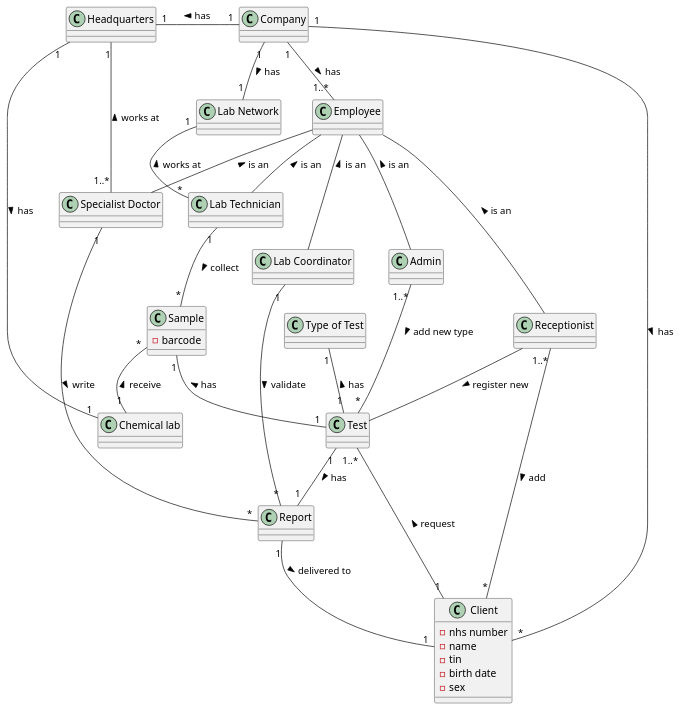
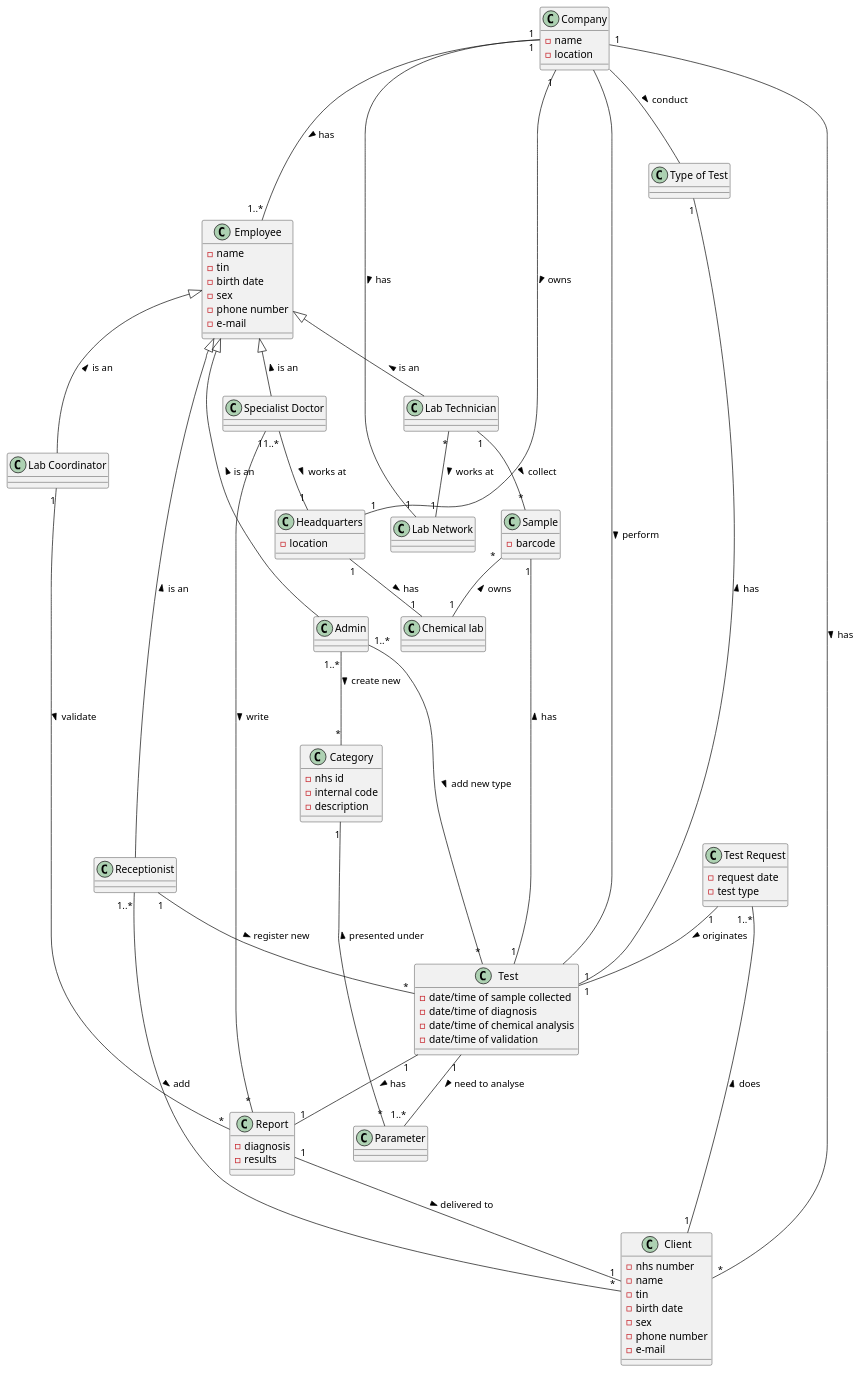
Before and after one commit to GuilhermeCunha79/lapr2: the diagram in docs/SprintA/Domain Model Diagram.puml, drawn with PlantUML. The commit also changed 3 other files, not shown here.

Commit message:
DM diagram & UC Diagram, FURPS+ update

```diff
--- a/docs/SprintA/Domain Model Diagram.puml
+++ b/docs/SprintA/Domain Model Diagram.puml
@@ -1,43 +1,97 @@
 @startuml
 'https://plantuml.com/sequence-diagram
 
-Company"1" -right- "1..*"Employee : > has
-Company"1" -left- "*"Client : > has
+top to bottom direction
+
+Company"1" --- "1..*"Employee : > has
+Company"1" -- "*"Client : > has
 Company"1" -- "1""Lab Network" : > has
-"Lab Technician""*" -up- "1""Lab Network" : > works at
-Receptionist -- Test : > register new
-Employee -- "Lab Technician" : < is an
-Employee -- Receptionist : < is an
-Headquarters"1" -left- "1""Chemical lab" : > has
-Company"1" -left- "1"Headquarters : > has
+"Lab Technician""*" -- "1""Lab Network" : > works at
+Receptionist"1" -- "*"Test : > register new
+Employee <|-- "Lab Technician" : < is an
+Employee <|-- Receptionist : < is an
+Headquarters"1" -- "1""Chemical lab" : > has
+Company"1" -- "1"Headquarters : > owns
 Receptionist"1..*" -- "*"Client : > add
-Employee -- "Lab Coordinator" : < is an
-Employee -- Admin : < is an
-Employee -- "Specialist Doctor" : < is an
-Admin"1..*" -- "*"Test : > add new type
+Employee <|-- "Lab Coordinator" : < is an
+Employee <|---- Admin : < is an
+Employee <|-- "Specialist Doctor" : < is an
+Admin"1..*" ---- "*"Test : > add new type
 Test"1" -- "1"Report : > has
 "Lab Technician""1" -- "*"Sample : > collect
 Sample"1" -- "1"Test : < has
-
+Company -- "Type of Test" : > conduct
+Company -- Test : > perform
+"Test Request""1..*" -- "1""Client" : < does
 "Specialist Doctor""1" -- "*"Report : > write
 "Specialist Doctor""1..*" -- "1"Headquarters : > works at
 Report"1" -- "1"Client : > delivered to
-Sample"*" -- "1""Chemical lab" : < receive
+Sample"*" -- "1""Chemical lab" : < owns
 "Lab Coordinator""1" -- "*"Report : > validate
-Client"1" -- "1..*"Test : > request
+
+"Test Request""1" -- "1"Test : > originates
 
 "Type of Test""1" -- "1""Test" : < has
+
+Admin"1..*" -- "*"Category : > create new
+
+Category"1" -- "*"Parameter : < presented under
+
+Test"1" -- "1..*"Parameter : > need to analyse
 
 class Client{
 -nhs number
 -name
 -tin
 -birth date
 -sex
+-phone number
+-e-mail
 }
 
 class Sample{
 -barcode
 }
 
+class Report{
+-diagnosis
+-results
+}
+
+class Employee{
+-name
+-tin
+-birth date
+-sex
+-phone number
+-e-mail
+}
+
+class "Test Request"{
+-request date
+-test type
+}
+
+class Company{
+-name
+-location
+}
+
+class Headquarters{
+-location
+}
+
+class Test{
+-date/time of sample collected
+-date/time of diagnosis
+-date/time of chemical analysis
+-date/time of validation
+}
+
+class Category{
+-nhs id
+-internal code
+-description
+}
+
 @enduml
```
